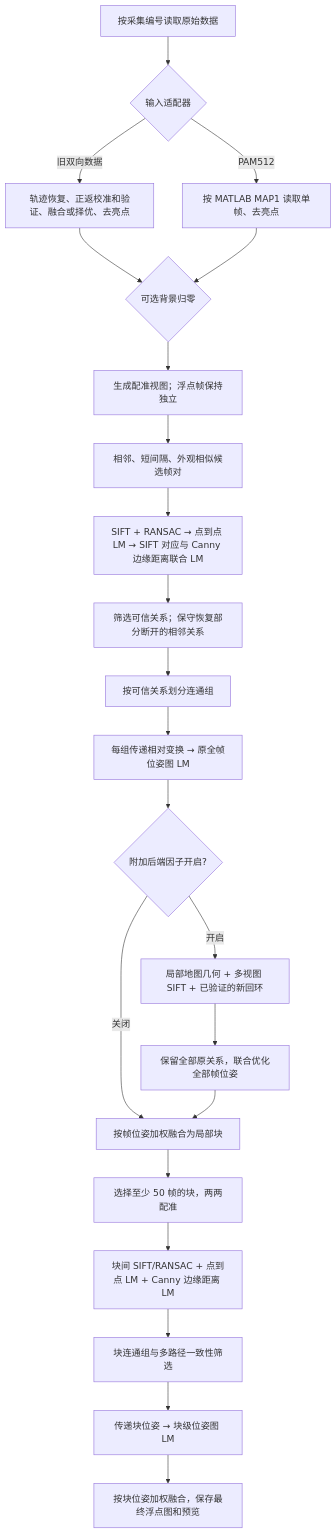
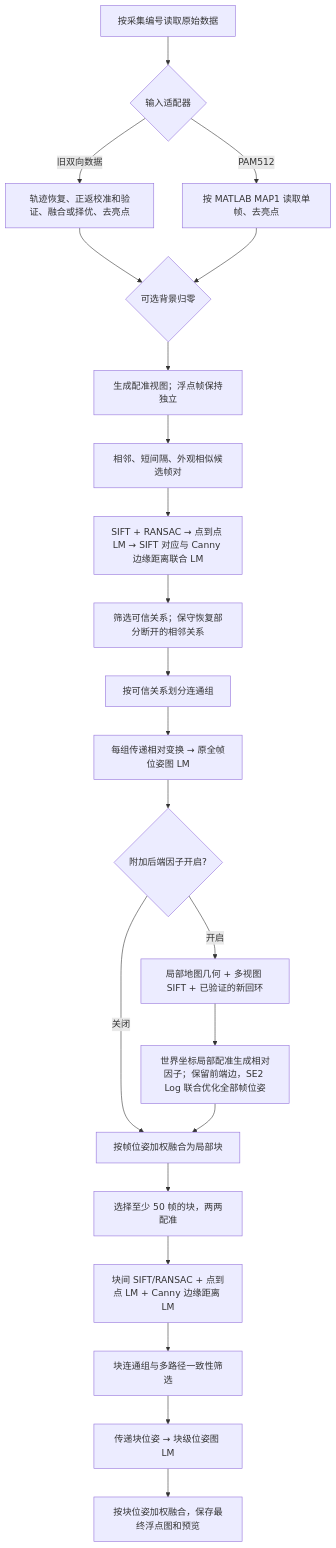
Before and after one commit to gsp999/PAM_brain: the diagram in docs/ALGORITHM.md, drawn with Mermaid. The commit also changed other lines of this file and 12 other files, not shown here.

````diff
--- a/docs/ALGORITHM.md
+++ b/docs/ALGORITHM.md
@@ -7,24 +7,24 @@
 ```mermaid
 flowchart TD
     A[按采集编号读取原始数据] --> B{输入适配器}
     B -->|旧双向数据| C[轨迹恢复、正返校准和验证、融合或择优、去亮点]
     B -->|PAM512| D[按 MATLAB MAP1 读取单帧、去亮点]
     C --> E{可选背景归零}
     D --> E
     E --> F[生成配准视图；浮点帧保持独立]
     F --> G[相邻、短间隔、外观相似候选帧对]
     G --> H[SIFT + RANSAC → 点到点 LM → SIFT 对应与 Canny 边缘距离联合 LM]
     H --> I[筛选可信关系；保守恢复部分断开的相邻关系]
     I --> J[按可信关系划分连通组]
     J --> K[每组传递相对变换 → 原全帧位姿图 LM]
     K --> L{附加后端因子开启?}
     L -->|开启| M[局部地图几何 + 多视图 SIFT + 已验证的新回环]
-    M --> N[保留全部原关系，联合优化全部帧位姿]
+    M --> N[世界坐标局部配准生成相对因子；保留前端边，SE2 Log 联合优化全部帧位姿]
     L -->|关闭| O[按帧位姿加权融合为局部块]
     N --> O
     O --> P[选择至少 50 帧的块，两两配准]
     P --> Q[块间 SIFT/RANSAC + 点到点 LM + Canny 边缘距离 LM]
     Q --> R[块连通组与多路径一致性筛选]
     R --> S[传递块位姿 → 块级位姿图 LM]
     S --> T[按块位姿加权融合，保存最终浮点图和预览]
 ```
````
